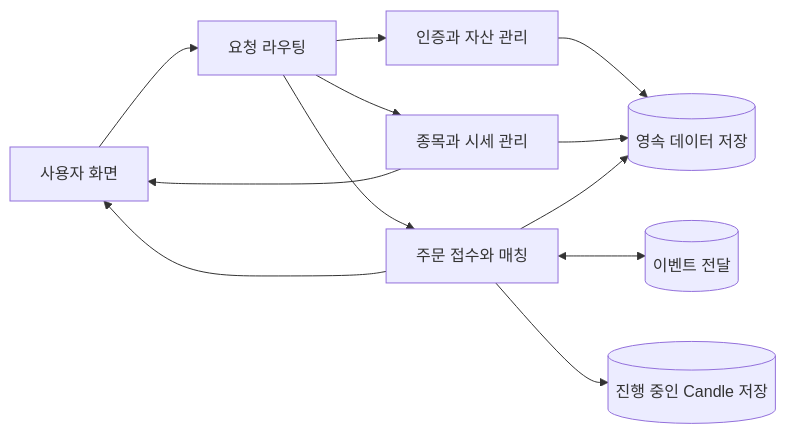
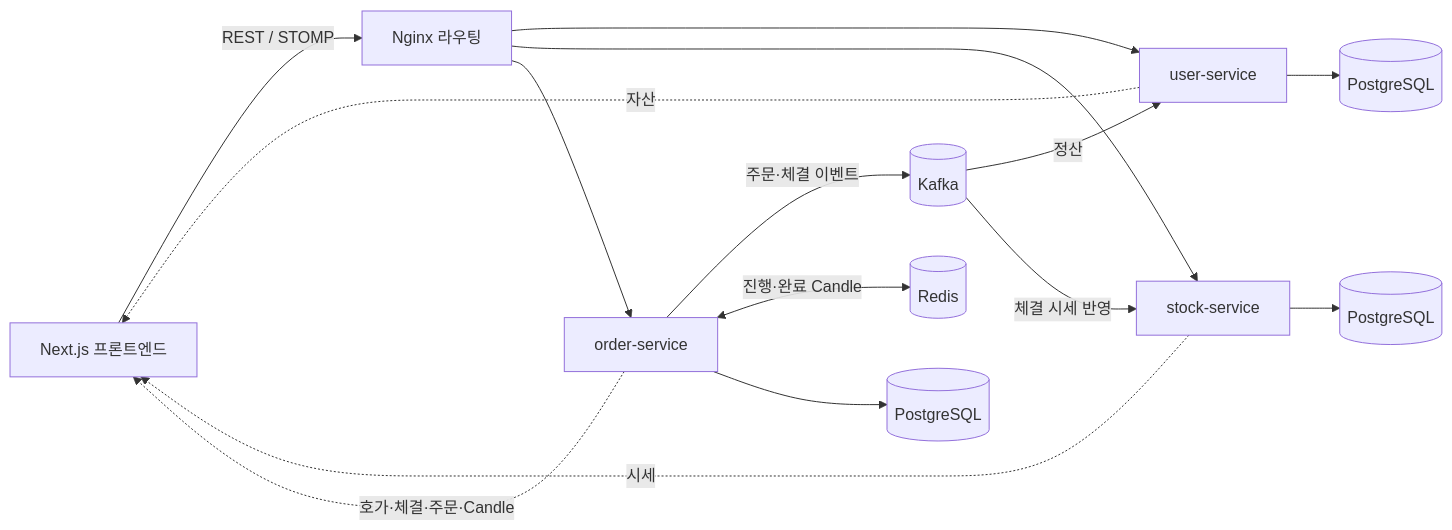
The diagram in README.md (poi277/StockProject), drawn with Mermaid before and after one commit. The commit also changed other lines of this file and 49 other files, not shown here.

````diff
--- a/README.md
+++ b/README.md
@@ -131,14 +72,17 @@
 ```mermaid
 flowchart LR
-    FE["사용자 화면"] --> GW["요청 라우팅"]
-    GW --> User["인증과 자산 관리"]
-    GW --> Stock["종목과 시세 관리"]
-    GW --> Order["주문 접수와 매칭"]
-    Order <--> Kafka[("이벤트 전달")]
-    Order --> Redis[("진행 중인 Candle 저장")]
-    User --> DB[("영속 데이터 저장")]
-    Stock --> DB
-    Order --> DB
-    Stock --> FE
-    Order --> FE
+    FE["Next.js 프론트엔드"] -->|"REST / STOMP"| Nginx["Nginx 라우팅"]
+    Nginx --> User["user-service"]
+    Nginx --> Stock["stock-service"]
+    Nginx --> Order["order-service"]
+    Order -->|"주문·체결 이벤트"| Kafka[("Kafka")]
+    Kafka -->|"정산"| User
+    Kafka -->|"체결 시세 반영"| Stock
+    Order <-->|"진행·완료 Candle"| Redis[("Redis")]
+    User --> UserDB[("PostgreSQL")]
+    Stock --> StockDB[("PostgreSQL")]
+    Order --> OrderDB[("PostgreSQL")]
+    User -.->|"자산"| FE
+    Stock -.->|"시세"| FE
+    Order -.->|"호가·체결·주문·Candle"| FE
 ```
````
